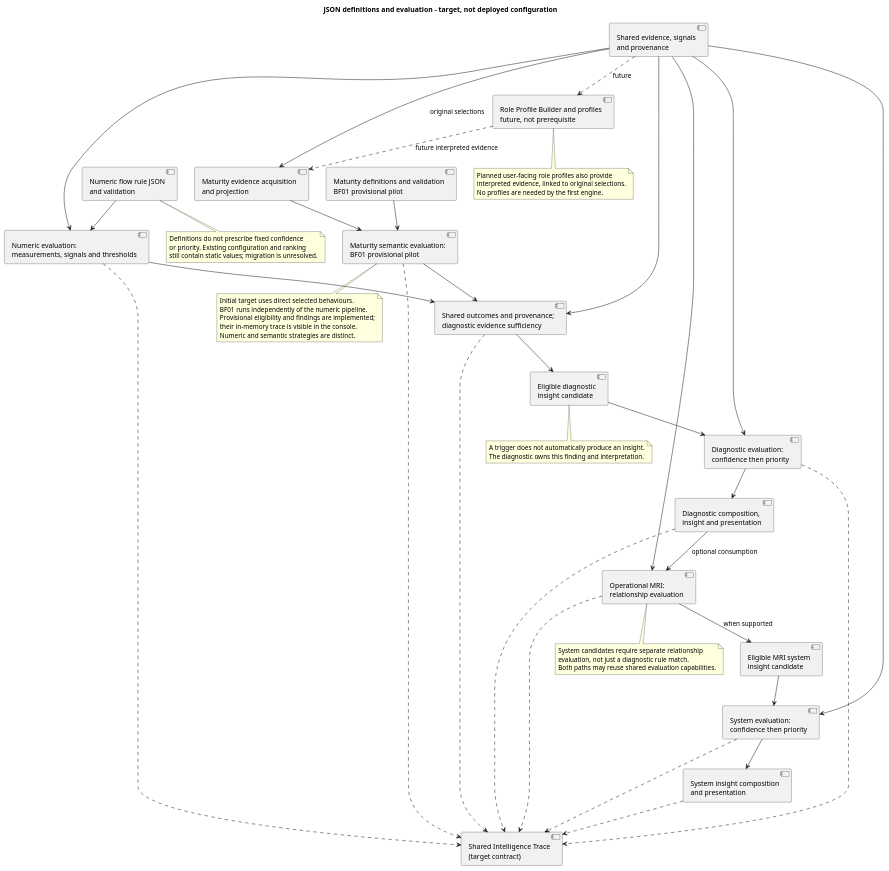
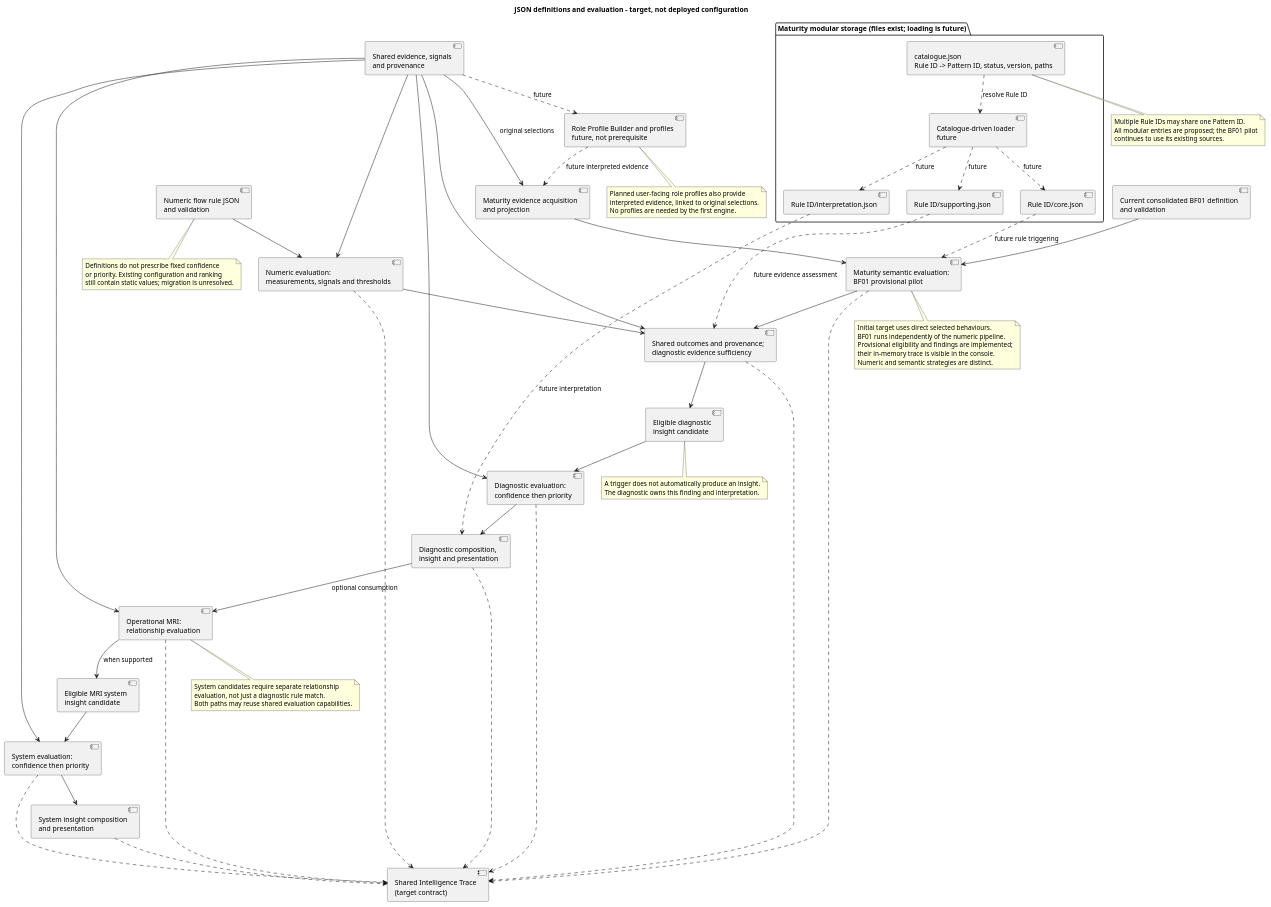
The diagram in OperationalIntelligenceHub/docs/architecture/json_rule_engine_architecture.puml (Dowlingfuau/Empowered-Delivery), drawn with PlantUML before and after one commit. The commit also changed 93 other files, not shown here.

First line of the commit message:
Created the modular catalogue with 28 rule folders, each containing core, supporting and interpretation JSON. EM01 and EM02 retain two rules each.

```diff
--- a/OperationalIntelligenceHub/docs/architecture/json_rule_engine_architecture.puml
+++ b/OperationalIntelligenceHub/docs/architecture/json_rule_engine_architecture.puml
@@ -1,73 +1,92 @@
 @startuml
 title JSON definitions and evaluation - target, not deployed configuration
 component "Numeric flow rule JSON\nand validation" as numericRules
-component "Maturity definitions and validation\nBF01 provisional pilot" as semanticRules
+component "Current consolidated BF01 definition\nand validation" as semanticRules
 component "Shared evidence, signals\nand provenance" as evidence
 component "Numeric evaluation:\nmeasurements, signals and thresholds" as numeric
 component "Maturity evidence acquisition\nand projection" as projection
 component "Maturity semantic evaluation:\nBF01 provisional pilot" as semantic
 component "Role Profile Builder and profiles\nfuture, not prerequisite" as profiles
 component "Shared outcomes and provenance;\ndiagnostic evidence sufficiency" as outcomes
 component "Eligible diagnostic\ninsight candidate" as diagnosticCandidate
 component "Diagnostic evaluation:\nconfidence then priority" as diagnosticEvaluation
 component "Diagnostic composition,\ninsight and presentation" as diagnosticInsight
 component "Operational MRI:\nrelationship evaluation" as mri
 component "Eligible MRI system\ninsight candidate" as mriCandidate
 component "System evaluation:\nconfidence then priority" as systemEvaluation
 component "System insight composition\nand presentation" as systemInsight
 component "Shared Intelligence Trace\n(target contract)" as trace
+package "Maturity modular storage (files exist; loading is future)" {
+  component "catalogue.json\nRule ID -> Pattern ID, status, version, paths" as catalogue
+  component "Catalogue-driven loader\nfuture" as loader
+  component "Rule ID/core.json" as coreFile
+  component "Rule ID/supporting.json" as supportingFile
+  component "Rule ID/interpretation.json" as interpretationFile
+}
 numericRules --> numeric
 semanticRules --> semantic
 evidence --> numeric
 evidence --> projection : original selections
 evidence ..> profiles : future
 profiles ..> projection : future interpreted evidence
 projection --> semantic
 numeric --> outcomes
 semantic --> outcomes
 evidence --> outcomes
 outcomes --> diagnosticCandidate
 diagnosticCandidate --> diagnosticEvaluation
 evidence --> diagnosticEvaluation
 diagnosticEvaluation --> diagnosticInsight
 diagnosticInsight --> mri : optional consumption
 evidence --> mri
 mri --> mriCandidate : when supported
 mriCandidate --> systemEvaluation
 evidence --> systemEvaluation
 systemEvaluation --> systemInsight
 numeric ..> trace
 semantic ..> trace
 outcomes ..> trace
 diagnosticEvaluation ..> trace
 diagnosticInsight ..> trace
 mri ..> trace
 systemEvaluation ..> trace
 systemInsight ..> trace
+catalogue ..> loader : resolve Rule ID
+loader ..> coreFile : future
+loader ..> supportingFile : future
+loader ..> interpretationFile : future
+coreFile ..> semantic : future rule triggering
+supportingFile ..> outcomes : future evidence assessment
+interpretationFile ..> diagnosticInsight : future interpretation
 note bottom of numericRules
   Definitions do not prescribe fixed confidence
   or priority. Existing configuration and ranking
   still contain static values; migration is unresolved.
 end note
 note bottom of semantic
   Initial target uses direct selected behaviours.
   BF01 runs independently of the numeric pipeline.
   Provisional eligibility and findings are implemented;
   their in-memory trace is visible in the console.
   Numeric and semantic strategies are distinct.
+end note
+note bottom of catalogue
+  Multiple Rule IDs may share one Pattern ID.
+  All modular entries are proposed; the BF01 pilot
+  continues to use its existing sources.
 end note
 note bottom of profiles
   Planned user-facing role profiles also provide
   interpreted evidence, linked to original selections.
   No profiles are needed by the first engine.
 end note
 note bottom of diagnosticCandidate
   A trigger does not automatically produce an insight.
   The diagnostic owns this finding and interpretation.
 end note
 note bottom of mri
   System candidates require separate relationship
   evaluation, not just a diagnostic rule match.
   Both paths may reuse shared evaluation capabilities.
 end note
 @enduml
```
